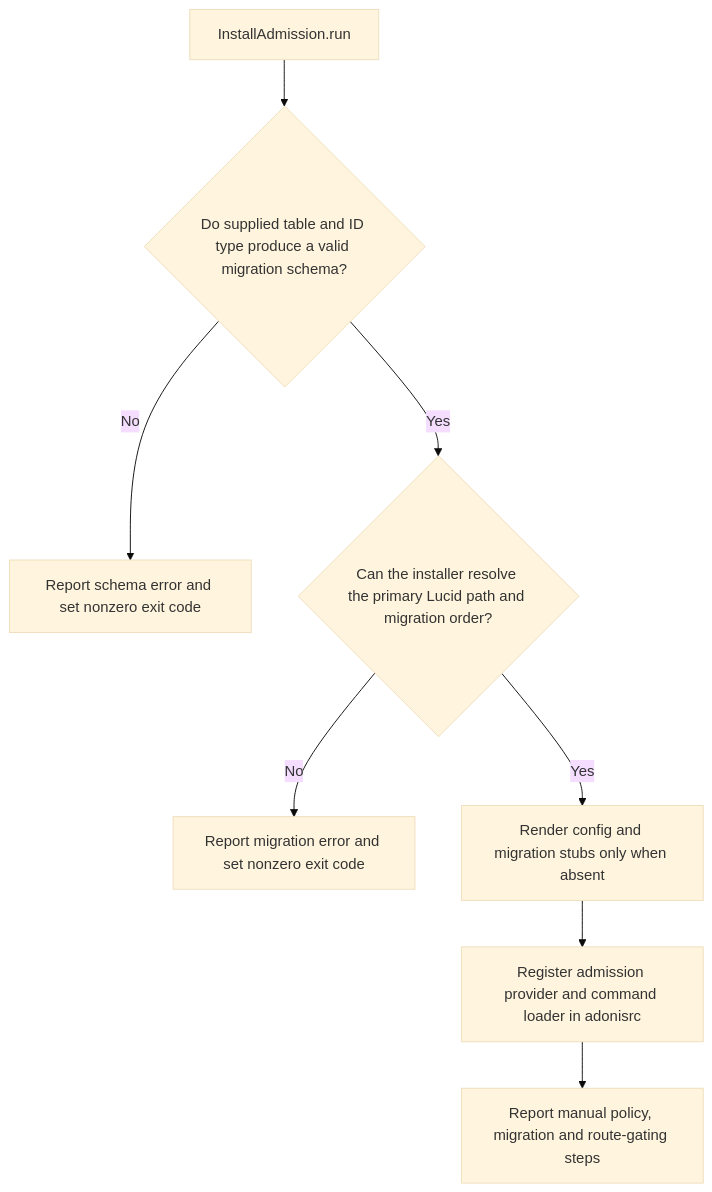
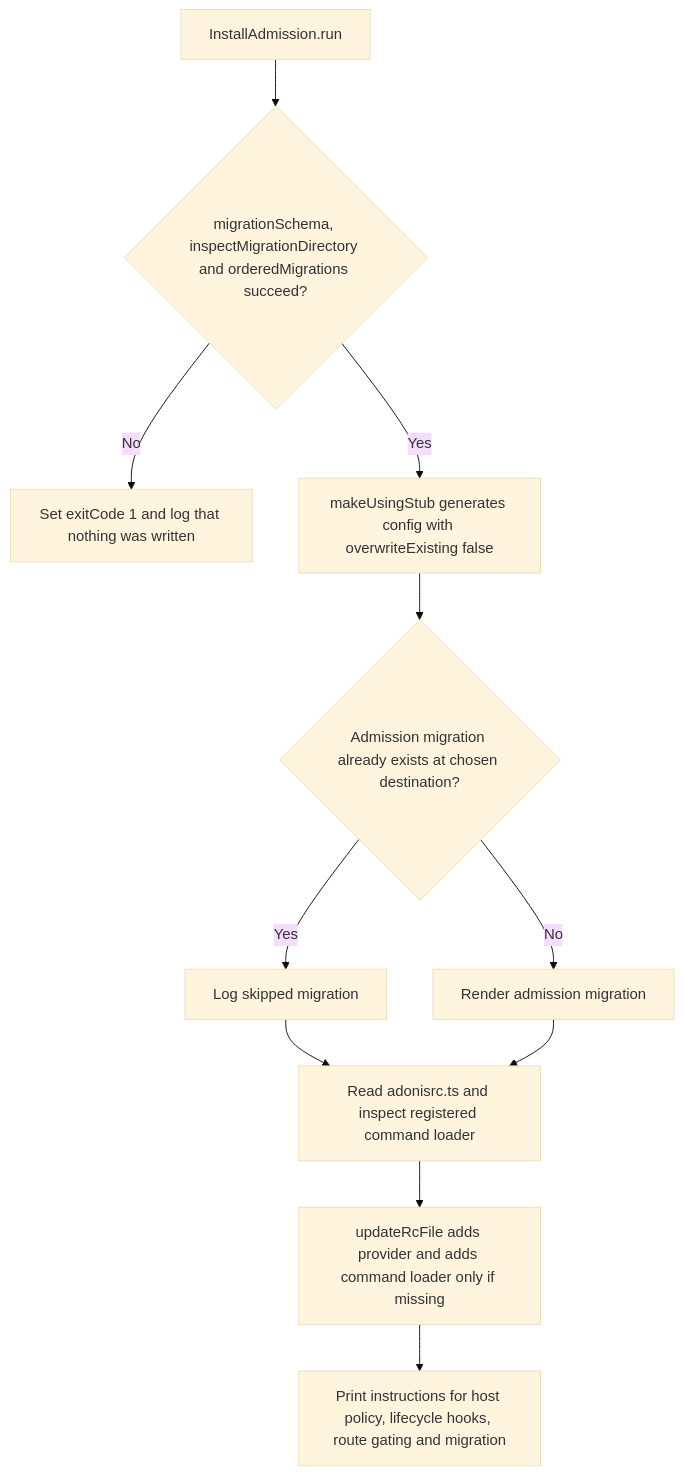
The second of 2 diagrams in user-stories/US-ACCOUNT-28-install-admission.md (Kevinjohn/oss-adonisjs-account-kit), drawn with Mermaid (base theme) before and after one commit. The commit also changed other lines of this file and 70 other files, not shown here.

````diff
--- a/user-stories/US-ACCOUNT-28-install-admission.md
+++ b/user-stories/US-ACCOUNT-28-install-admission.md
@@ -32,10 +33,13 @@
 ```mermaid
 flowchart TD
- A["InstallAdmission.run"] --> B{"Do supplied table and ID type produce a valid migration schema?"}
- B -->|No| C["Report schema error and set nonzero exit code"]
- B -->|Yes| M{"Can the installer resolve the primary Lucid path and migration order?"}
- M -->|No| N["Report migration error and set nonzero exit code"]
- M -->|Yes| D["Render config and migration stubs only when absent"]
- D --> E["Register admission provider and command loader in adonisrc"]
- E --> F["Report manual policy, migration and route-gating steps"]
+ A["InstallAdmission.run"] --> B{"migrationSchema, inspectMigrationDirectory and orderedMigrations succeed?"}
+ B -->|No| C["Set exitCode 1 and log that nothing was written"]
+ B -->|Yes| D["makeUsingStub generates config with overwriteExisting false"]
+ D --> E{"Admission migration already exists at chosen destination?"}
+ E -->|Yes| F["Log skipped migration"]
+ E -->|No| G["Render admission migration"]
+ F --> H["Read adonisrc.ts and inspect registered command loader"]
+ G --> H
+ H --> I["updateRcFile adds provider and adds command loader only if missing"]
+ I --> J["Print instructions for host policy, lifecycle hooks, route gating and migration"]
 ```
````
